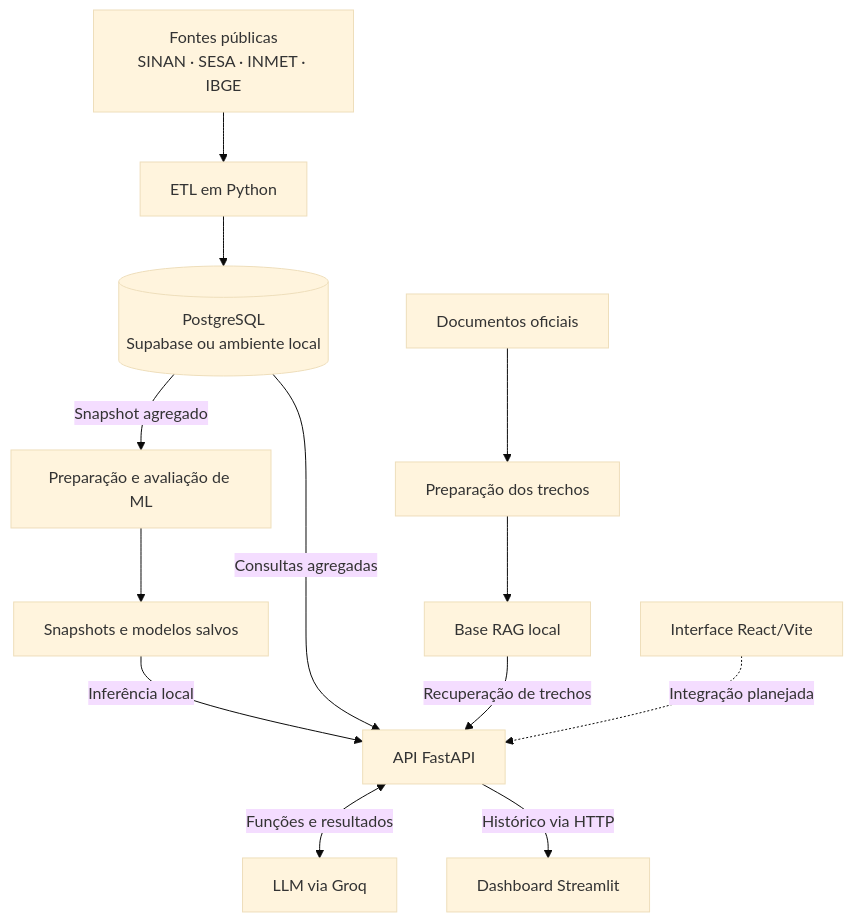
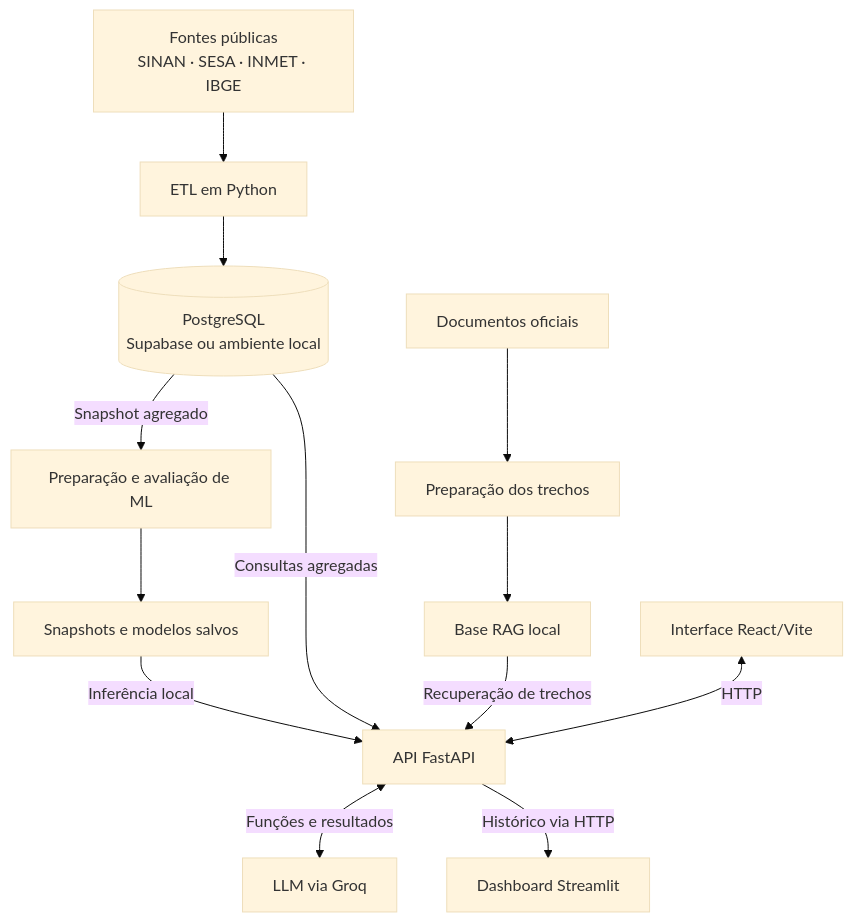
The diagram in README.md (J-Emanoel/pi-iv-dengue-prev), drawn with Mermaid (base theme) before and after one commit. The commit also changed other lines of this file and 38 other files, not shown here.

````diff
--- a/README.md
+++ b/README.md
@@ -30,15 +31,15 @@
 ```mermaid
 flowchart TD
     FONTES["Fontes públicas<br/>SINAN · SESA · INMET · IBGE"] --> ETL["ETL em Python"]
     ETL --> BANCO[("PostgreSQL<br/>Supabase ou ambiente local")]
     BANCO -->|"Snapshot agregado"| ML["Preparação e avaliação de ML"]
     ML --> ARTEFATOS["Snapshots e modelos salvos"]
     ARTEFATOS -->|"Inferência local"| API["API FastAPI"]
     BANCO -->|"Consultas agregadas"| API
     DOCUMENTOS["Documentos oficiais"] --> PREPARACAO["Preparação dos trechos"]
     PREPARACAO --> RAG["Base RAG local"]
     RAG -->|"Recuperação de trechos"| API
     API <-->|"Funções e resultados"| GROQ["LLM via Groq"]
     API -->|"Histórico via HTTP"| DASHBOARD["Dashboard Streamlit"]
-    FRONTEND["Interface React/Vite"] -.->|"Integração planejada"| API
+    FRONTEND["Interface React/Vite"] <-->|"HTTP"| API
 ```
````
